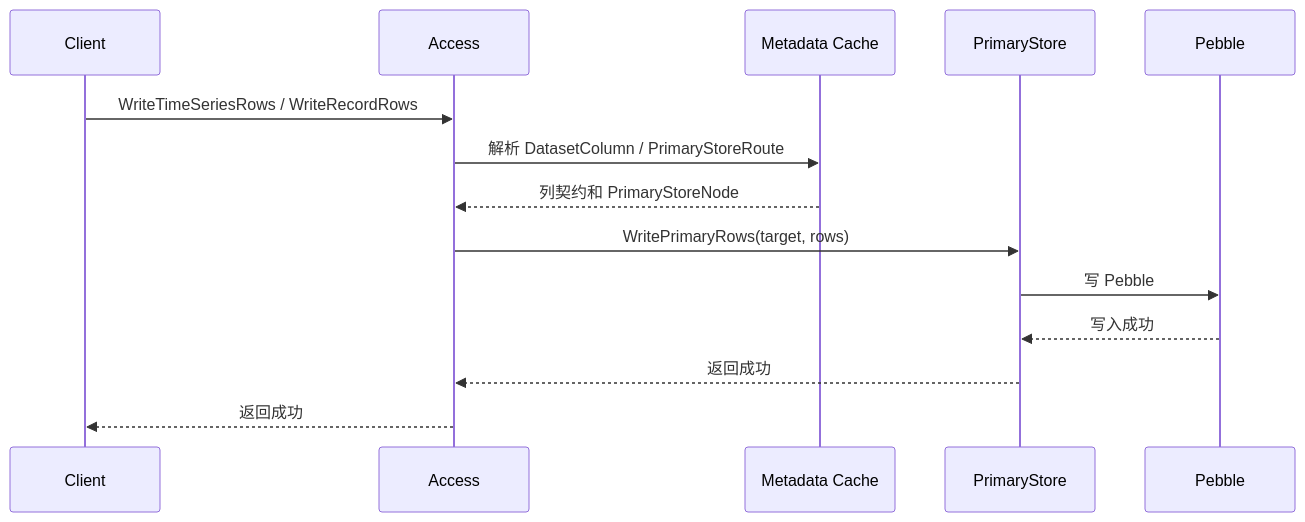
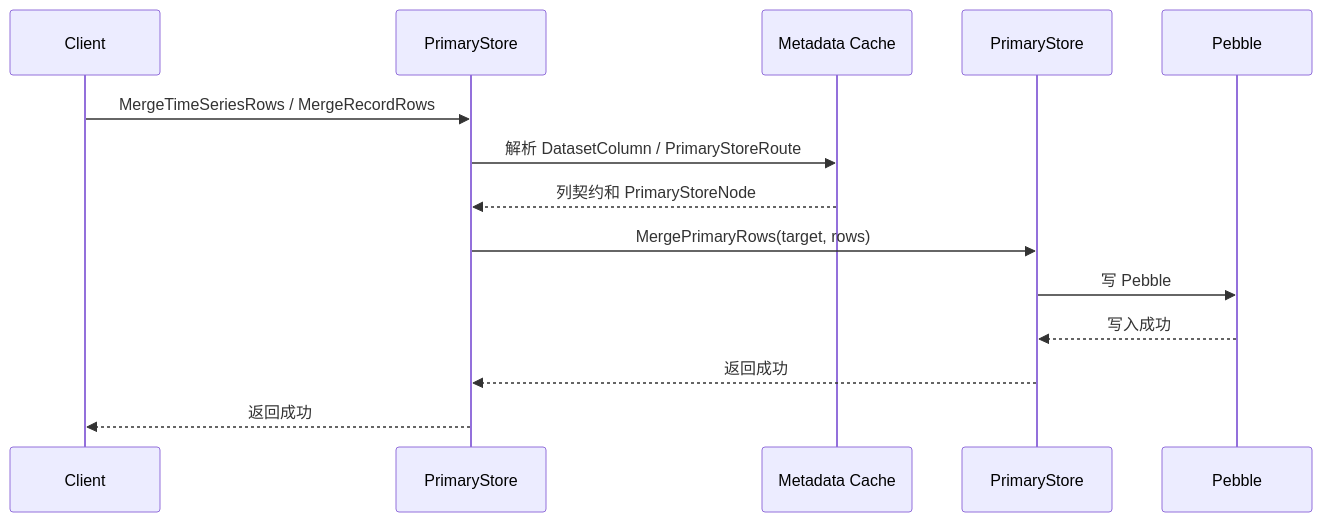
One commit to mooyang-code/moox changed the second of 3 diagrams in docs/存储目标架构与元数据.md. Above: the diagram before and after it, drawn with Mermaid. The commit also changed other lines of this file and 186 other files, not shown here.

````diff
--- a/docs/存储目标架构与元数据.md
+++ b/docs/存储目标架构与元数据.md
@@ -447,17 +447,17 @@
 ```mermaid
 sequenceDiagram
     participant C as Client
-    participant S as Access
+    participant S as PrimaryStore
     participant M as Metadata Cache
     participant PSS as PrimaryStore
     participant P as Pebble
 
-    C->>S: WriteTimeSeriesRows / WriteRecordRows
+    C->>S: MergeTimeSeriesRows / MergeRecordRows
     S->>M: 解析 DatasetColumn / PrimaryStoreRoute
     M-->>S: 列契约和 PrimaryStoreNode
-    S->>PSS: WritePrimaryRows(target, rows)
+    S->>PSS: MergePrimaryRows(target, rows)
     PSS->>P: 写 Pebble
     P-->>PSS: 写入成功
     PSS-->>S: 返回成功
     S-->>C: 返回成功
 ```
````
